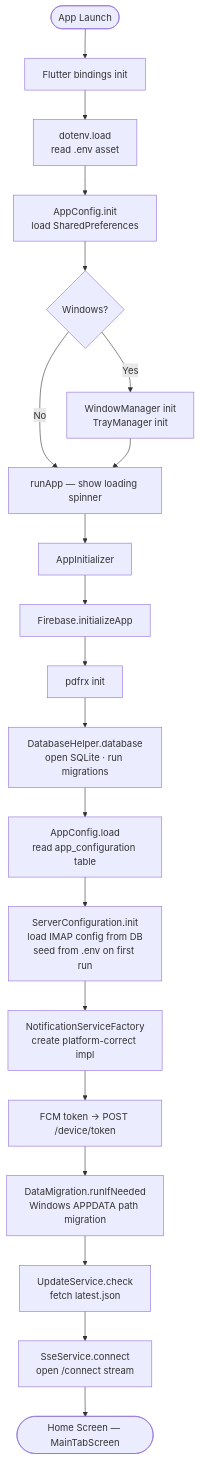
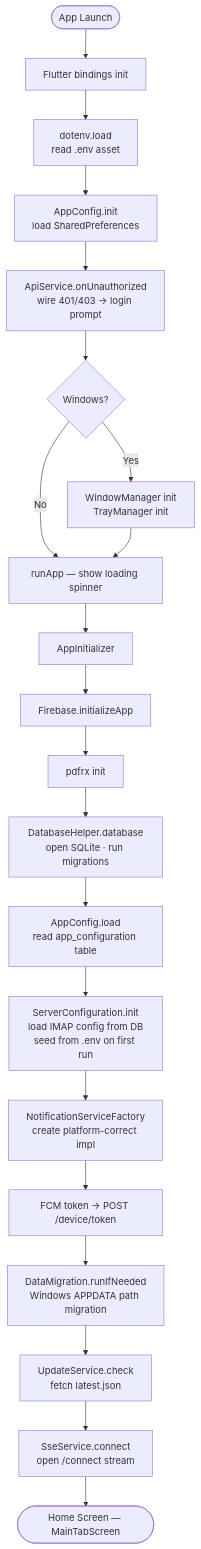
The third of 9 diagrams in README.md (KwasiAsante/UtilityBillsManager), drawn with Mermaid before and after one commit. The commit also changed other lines of this file and 11 other files, not shown here.

First line of the commit message:
feat: auth-aware login prompt and post-login screen reload

````diff
--- a/README.md
+++ b/README.md
@@ -106,22 +106,23 @@
 ```mermaid
 flowchart TD
     A([App Launch]) --> B[Flutter bindings init]
     B --> C[dotenv.load\nread .env asset]
     C --> D[AppConfig.init\nload SharedPreferences]
-    D --> E{Windows?}
+    D --> D2[ApiService.onUnauthorized\nwire 401/403 → login prompt]
+    D2 --> E{Windows?}
     E -- Yes --> F[WindowManager init\nTrayManager init]
     E -- No --> G
     F --> G[runApp — show loading spinner]
     G --> H[AppInitializer]
     H --> I[Firebase.initializeApp]
     I --> J[pdfrx init]
     J --> K[DatabaseHelper.database\nopen SQLite · run migrations]
     K --> L[AppConfig.load\nread app_configuration table]
     L --> M[ServerConfiguration.init\nload IMAP config from DB\nseed from .env on first run]
     M --> N[NotificationServiceFactory\ncreate platform-correct impl]
     N --> O[FCM token → POST /device/token]
     O --> P[DataMigration.runIfNeeded\nWindows APPDATA path migration]
     P --> Q[UpdateService.check\nfetch latest.json]
     Q --> R[SseService.connect\nopen /connect stream]
     R --> S([Home Screen — MainTabScreen])
 ```
````
